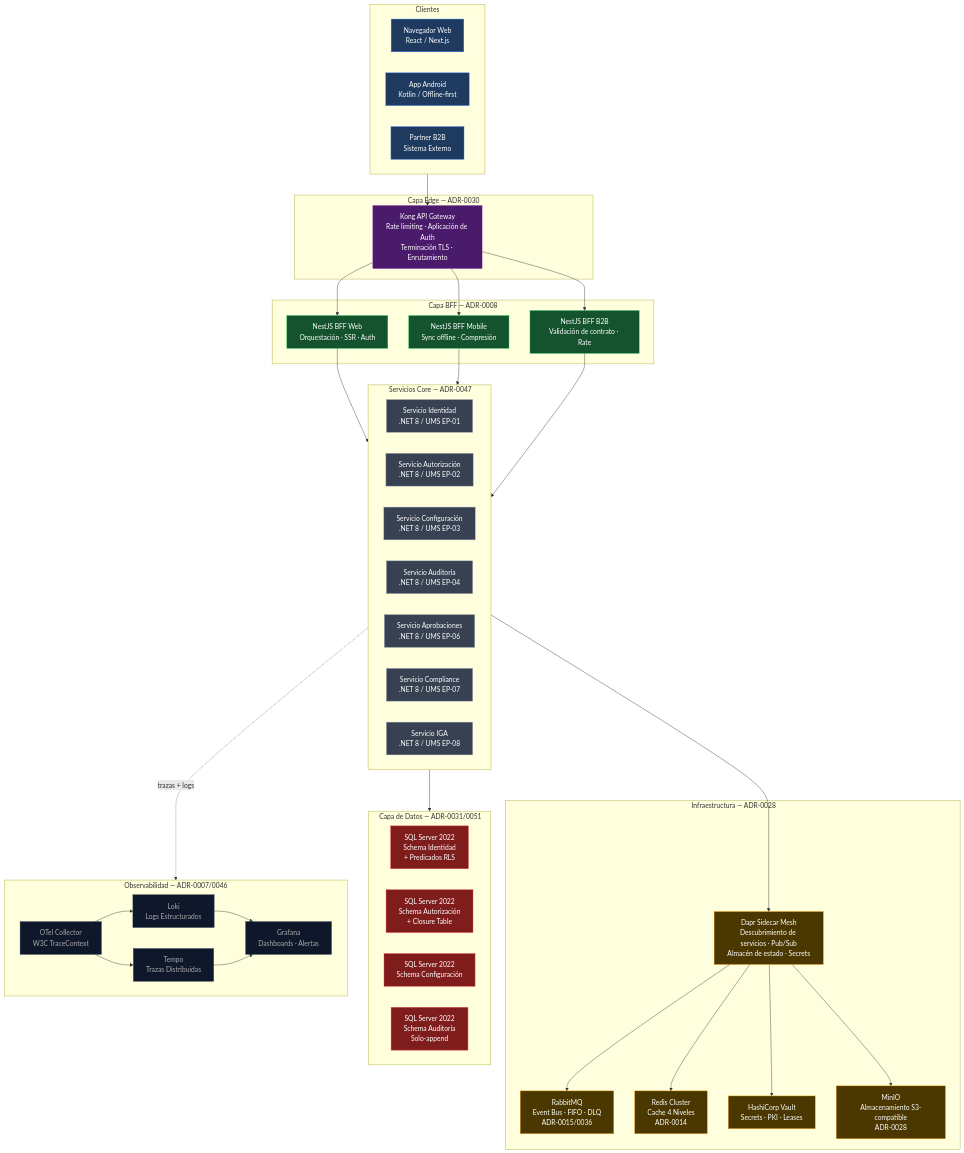
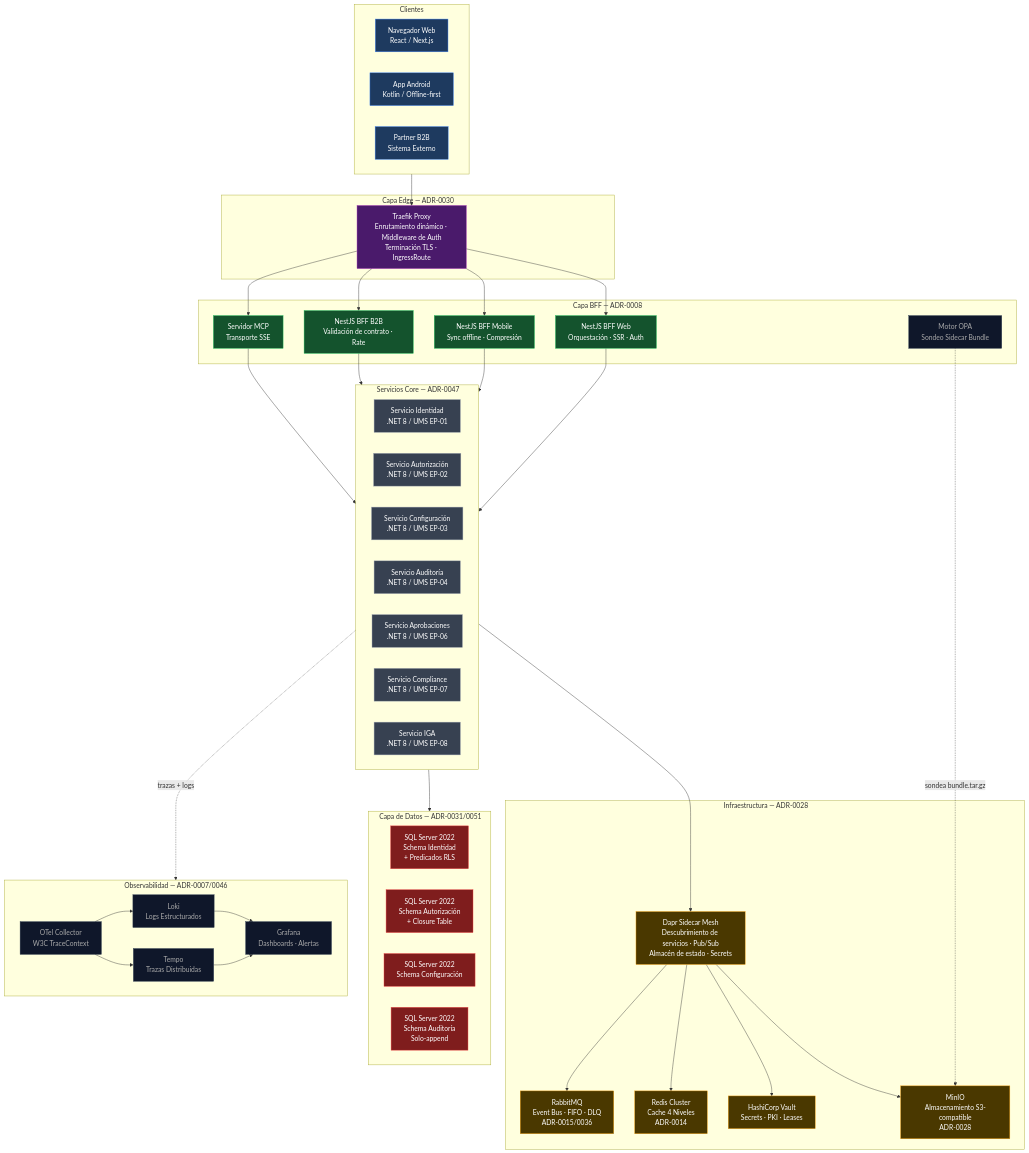
One commit to beyondnetcode/evolith_arch32 changed the first of 5 diagrams in reference/governance/standards/communication/visuals/v08-infrastructure-topology.es.md. Above: the diagram before and after it, drawn with Mermaid. The commit also changed other lines of this file and 23 other files, not shown here.

Commit message:
feat(infra): introduce helm charts, opa bundle architecture, and dual-engine governance rules

````diff
--- a/reference/governance/standards/communication/visuals/v08-infrastructure-topology.es.md
+++ b/reference/governance/standards/communication/visuals/v08-infrastructure-topology.es.md
@@ -11,69 +11,72 @@
 ```mermaid
 flowchart TB
     classDef client fill:#1e3a5f,stroke:#3b82f6,color:#fff
     classDef gateway fill:#4a1a6b,stroke:#9c27b0,color:#fff
     classDef bff fill:#14532d,stroke:#22c55e,color:#fff
     classDef service fill:#374151,stroke:#9ca3af,color:#fff
     classDef infra fill:#4a3800,stroke:#f59e0b,color:#fff
     classDef obs fill:#0f172a,stroke:#334155,color:#aaa
     classDef db fill:#7f1d1d,stroke:#ef4444,color:#fff
 
     subgraph CLIENTS[" Clientes"]
         direction LR
         WEB["Navegador Web\nReact / Next.js"]:::client
         MOB["App Android\nKotlin / Offline-first"]:::client
         B2B["Partner B2B\nSistema Externo"]:::client
     end
 
     subgraph EDGE[" Capa Edge — ADR-0030"]
-        KONG["Kong API Gateway\nRate limiting · Aplicación de Auth\nTerminación TLS · Enrutamiento"]:::gateway
+        TRAEFIK["Traefik Proxy\nEnrutamiento dinámico · Middleware de Auth\nTerminación TLS · IngressRoute"]:::gateway
     end
 
     subgraph BFF_LAYER[" Capa BFF — ADR-0008"]
         BFF_WEB["NestJS BFF Web\nOrquestación · SSR · Auth"]:::bff
         BFF_MOB["NestJS BFF Mobile\nSync offline · Compresión"]:::bff
         BFF_B2B["NestJS BFF B2B\nValidación de contrato · Rate"]:::bff
+        MCP_SERVER["Servidor MCP\nTransporte SSE"]:::bff
+        OPA["Motor OPA\nSondeo Sidecar Bundle"]:::obs
     end
 
     subgraph SERVICES["️ Servicios Core — ADR-0047"]
         SVC_ID["Servicio Identidad\n.NET 8 / UMS EP-01"]:::service
         SVC_AZ["Servicio Autorización\n.NET 8 / UMS EP-02"]:::service
         SVC_CF["Servicio Configuración\n.NET 8 / UMS EP-03"]:::service
         SVC_AU["Servicio Auditoría\n.NET 8 / UMS EP-04"]:::service
         SVC_AP["Servicio Aprobaciones\n.NET 8 / UMS EP-06"]:::service
         SVC_CO["Servicio Compliance\n.NET 8 / UMS EP-07"]:::service
         SVC_IG["Servicio IGA\n.NET 8 / UMS EP-08"]:::service
     end
 
     subgraph INFRA_LAYER["️ Infraestructura — ADR-0028"]
         DAPR["Dapr Sidecar Mesh\nDescubrimiento de servicios · Pub/Sub\nAlmacén de estado · Secrets"]:::infra
         RMQ["RabbitMQ\nEvent Bus · FIFO · DLQ\nADR-0015/0036"]:::infra
         REDIS["Redis Cluster\nCache 4 Niveles\nADR-0014"]:::infra
         VAULT["HashiCorp Vault\nSecrets · PKI · Leases"]:::infra
         MINIO["MinIO\nAlmacenamiento S3-compatible\nADR-0028"]:::infra
     end
 
     subgraph DATA["️ Capa de Datos — ADR-0031/0051"]
         DB_ID["SQL Server 2022\nSchema Identidad\n+ Predicados RLS"]:::db
         DB_AZ["SQL Server 2022\nSchema Autorización\n+ Closure Table"]:::db
         DB_CF["SQL Server 2022\nSchema Configuración"]:::db
         DB_AU["SQL Server 2022\nSchema Auditoría\nSolo-append"]:::db
     end
 
     subgraph OBS[" Observabilidad — ADR-0007/0046"]
         direction LR
         OTEL["OTel Collector\nW3C TraceContext"]:::obs
         LOKI["Loki\nLogs Estructurados"]:::obs
         TEMPO["Tempo\nTrazas Distribuidas"]:::obs
         GRAFANA["Grafana\nDashboards · Alertas"]:::obs
         OTEL --> LOKI & TEMPO --> GRAFANA
     end
 
-    CLIENTS --> KONG
-    KONG --> BFF_WEB & BFF_MOB & BFF_B2B
-    BFF_WEB & BFF_MOB & BFF_B2B --> SERVICES
+    CLIENTS --> TRAEFIK
+    TRAEFIK --> BFF_WEB & BFF_MOB & BFF_B2B & MCP_SERVER
+    OPA -.->|"sondea bundle.tar.gz"| MINIO
+    BFF_WEB & BFF_MOB & BFF_B2B & MCP_SERVER --> SERVICES
     SERVICES --> DAPR
     DAPR --> RMQ & REDIS & VAULT & MINIO
     SERVICES --> DATA
     SERVICES -.->|"trazas + logs"| OTEL
 ```
````
